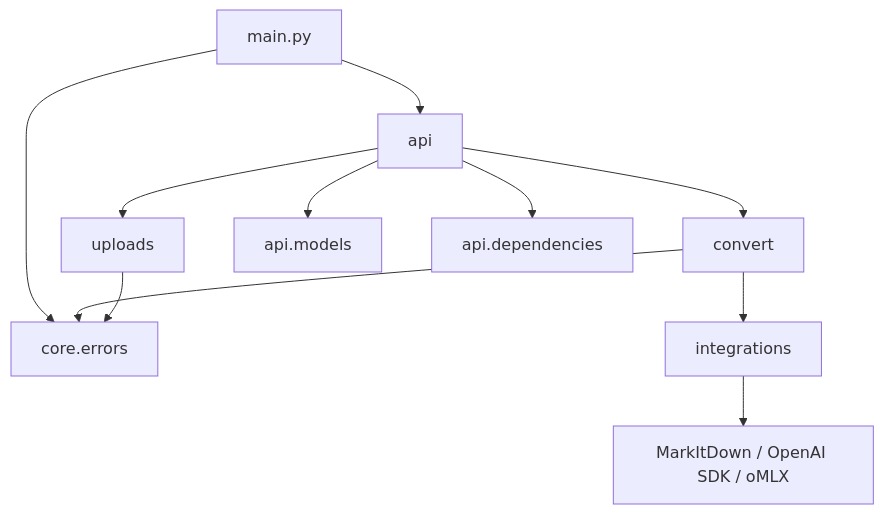
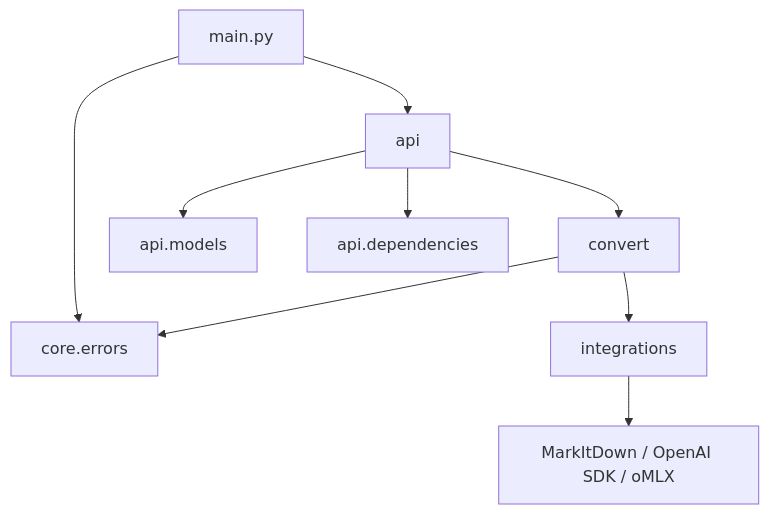
One commit to Jianshi-Lu/to-markdown changed the first of 2 diagrams in docs/code-reference.md. Above: the diagram before and after it, drawn with Mermaid. The commit also changed other lines of this file and 29 other files, not shown here.

````diff
--- a/docs/code-reference.md
+++ b/docs/code-reference.md
@@ -44,13 +44,11 @@
 ```mermaid
 flowchart TB
     Main[main.py] --> API[api]
     Main --> Core[core.errors]
-    API --> Uploads[uploads]
     API --> Convert[convert]
     API --> Models[api.models]
     API --> Dependencies[api.dependencies]
     Convert --> Integrations[integrations]
     Convert --> Core
-    Uploads --> Core
     Integrations --> Vendors[MarkItDown / OpenAI SDK / oMLX]
 ```
````
